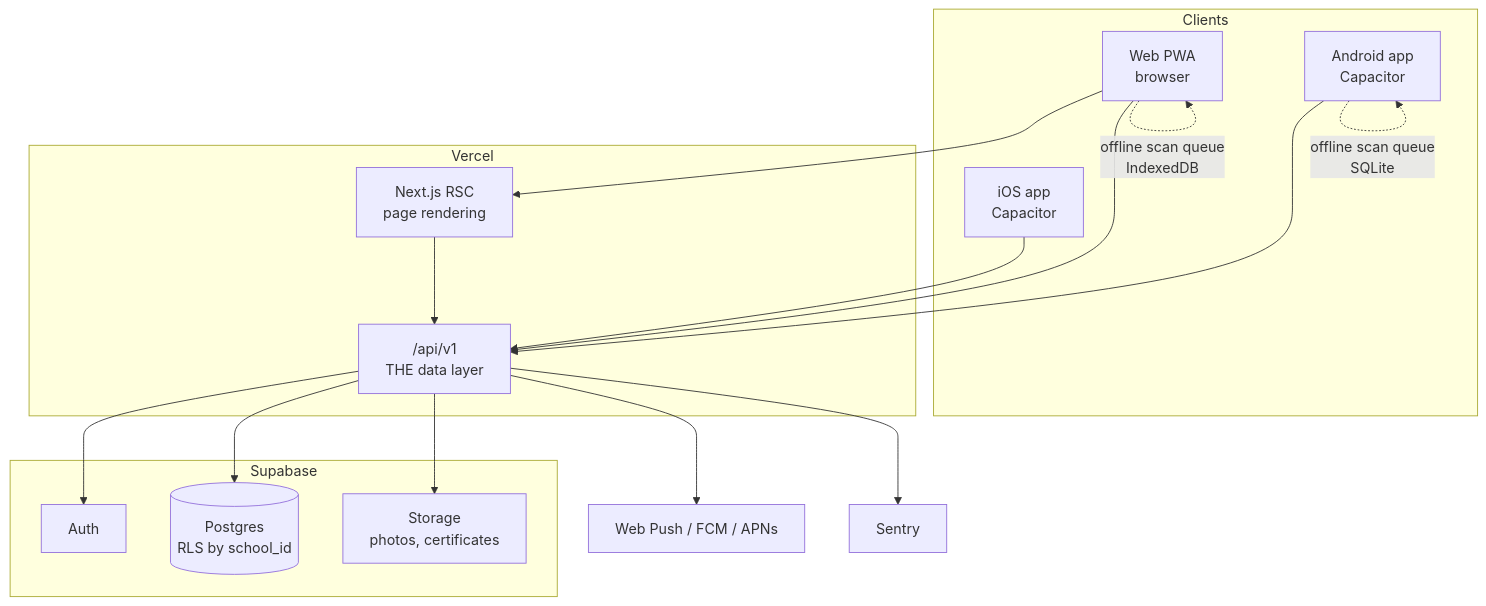
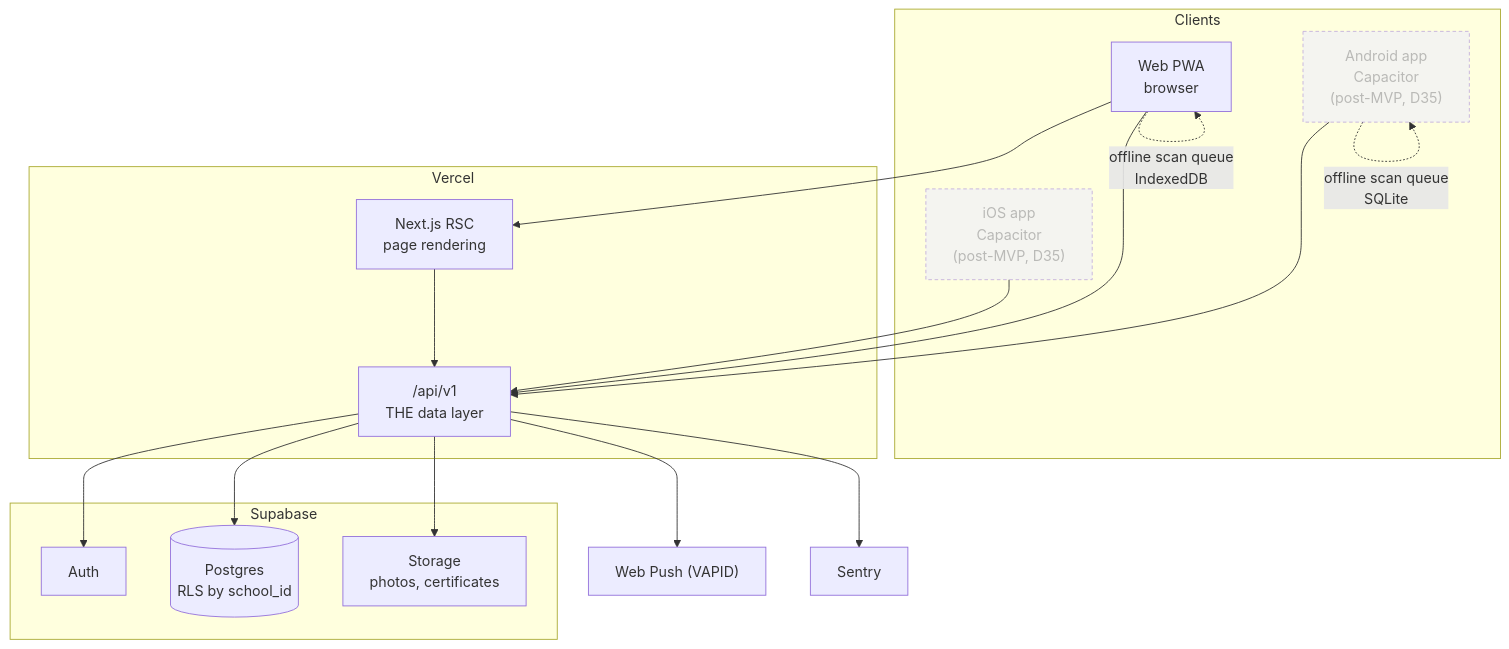
One commit to jash-aeio/Hiraya changed the diagram in docs/TECHNICAL_ARCHITECTURE.md. Above: the diagram before and after it, drawn with Mermaid. The commit also changed other lines of this file and 28 other files, not shown here.

````diff
--- a/docs/TECHNICAL_ARCHITECTURE.md
+++ b/docs/TECHNICAL_ARCHITECTURE.md
@@ -108,36 +109,38 @@
 ```mermaid
 flowchart TD
   subgraph Clients
     W["Web PWA<br/>browser"]
-    A["Android app<br/>Capacitor"]
-    I["iOS app<br/>Capacitor"]
+    A["Android app<br/>Capacitor<br/>(post-MVP, D35)"]:::deferred
+    I["iOS app<br/>Capacitor<br/>(post-MVP, D35)"]:::deferred
   end
 
   subgraph Vercel
     RSC["Next.js RSC<br/>page rendering"]
     API["/api/v1<br/>THE data layer"]
   end
 
   subgraph Supabase
     PG[("Postgres<br/>RLS by school_id")]
     AU["Auth"]
     ST["Storage<br/>photos, certificates"]
   end
 
-  EXT["Web Push / FCM / APNs"]
+  EXT["Web Push (VAPID)"]
   SEN["Sentry"]
+
+  classDef deferred stroke-dasharray: 4 3,opacity:0.55
 
   W --> RSC
   W --> API
   A --> API
   I --> API
   RSC --> API
   API --> AU
   API --> PG
   API --> ST
   API --> EXT
   API --> SEN
 
   A -.->|"offline scan queue<br/>SQLite"| A
   W -.->|"offline scan queue<br/>IndexedDB"| W
 ```
````
